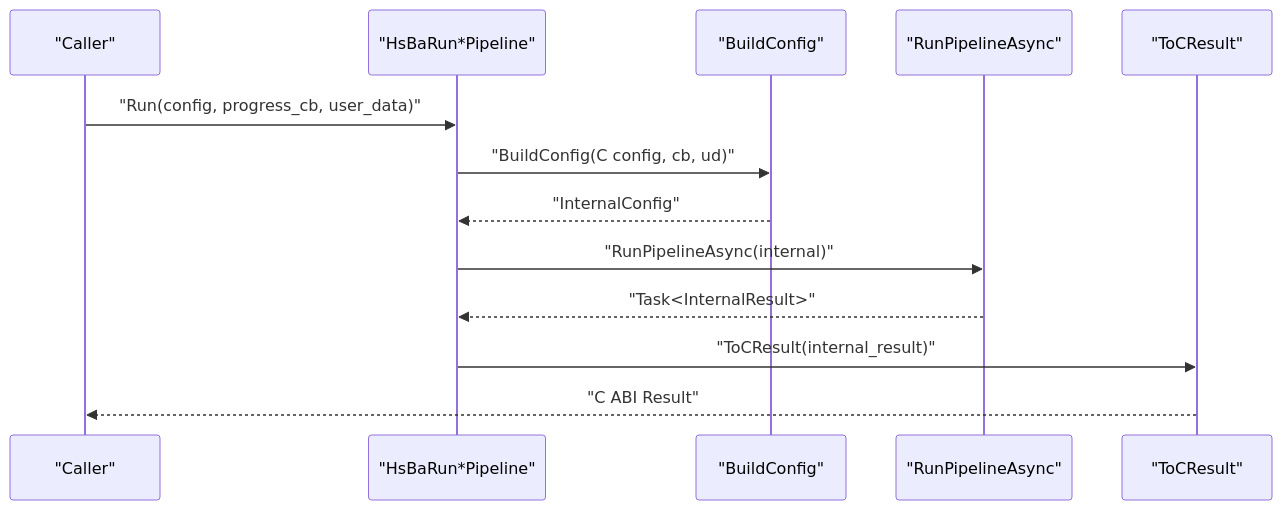
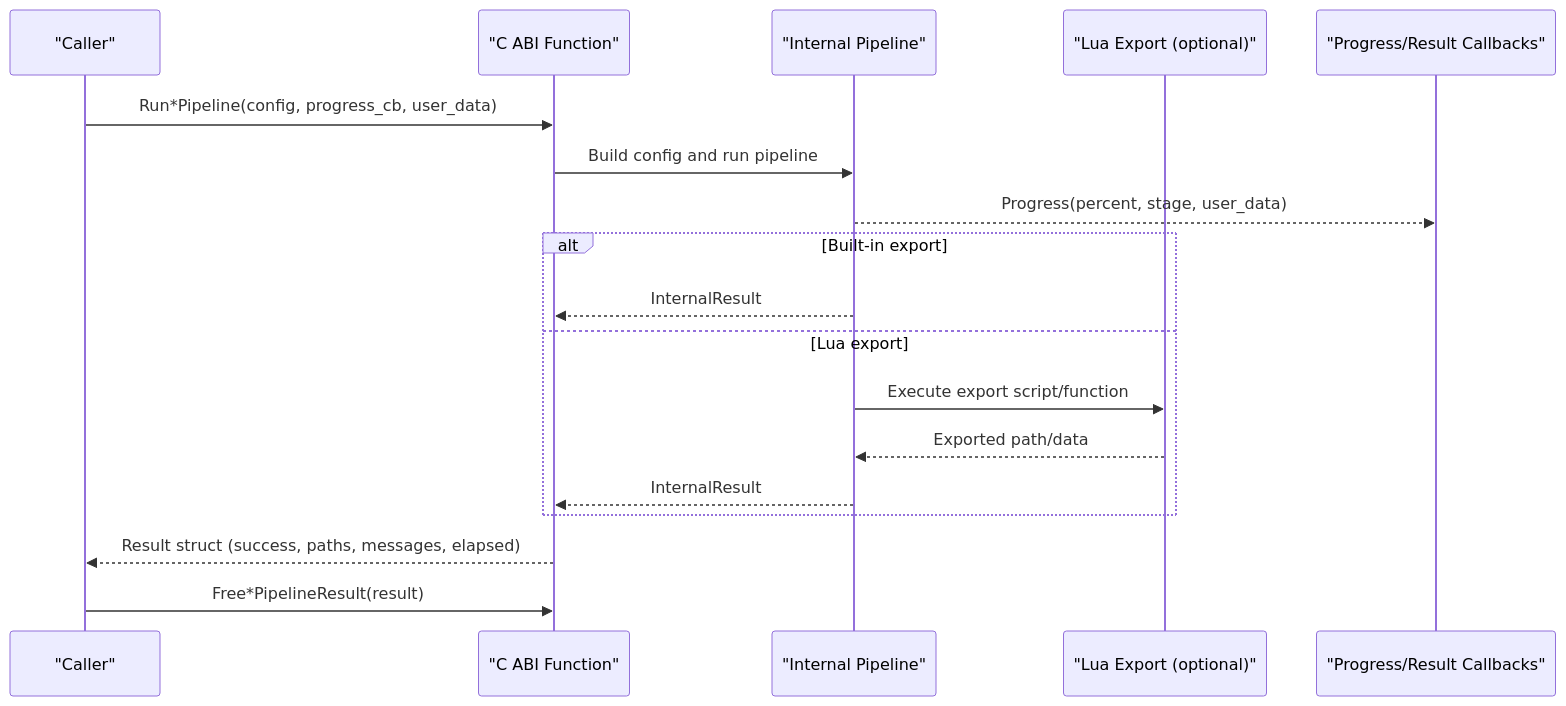
One commit to hsmbanlance/HsBaSlicer changed the second of 6 diagrams in .qoder/repowiki/en/content/API Reference/C ABI Interface.md. Above: the diagram before and after it, drawn with Mermaid. The commit also changed other lines of this file and 1135 other files, not shown here.

````diff
--- a/.qoder/repowiki/en/content/API Reference/C ABI Interface.md
+++ b/.qoder/repowiki/en/content/API Reference/C ABI Interface.md
@@ -110,15 +131,20 @@
 ```mermaid
 sequenceDiagram
 participant Caller as "Caller"
-participant API as "HsBaRun*Pipeline"
-participant Builder as "BuildConfig"
-participant Runner as "RunPipelineAsync"
-participant Converter as "ToCResult"
-Caller->>API : "Run(config, progress_cb, user_data)"
-API->>Builder : "BuildConfig(C config, cb, ud)"
-Builder-->>API : "InternalConfig"
-API->>Runner : "RunPipelineAsync(internal)"
-Runner-->>API : "Task<InternalResult>"
-API->>Converter : "ToCResult(internal_result)"
-Converter-->>Caller : "C ABI Result"
+participant ABI as "C ABI Function"
+participant Internal as "Internal Pipeline"
+participant Lua as "Lua Export (optional)"
+participant Callback as "Progress/Result Callbacks"
+Caller->>ABI : Run*Pipeline(config, progress_cb, user_data)
+ABI->>Internal : Build config and run pipeline
+Internal-->>Callback : Progress(percent, stage, user_data)
+alt Built-in export
+Internal-->>ABI : InternalResult
+else Lua export
+Internal->>Lua : Execute export script/function
+Lua-->>Internal : Exported path/data
+Internal-->>ABI : InternalResult
+end
+ABI-->>Caller : Result struct (success, paths, messages, elapsed)
+Caller->>ABI : Free*PipelineResult(result)
 ```
````
